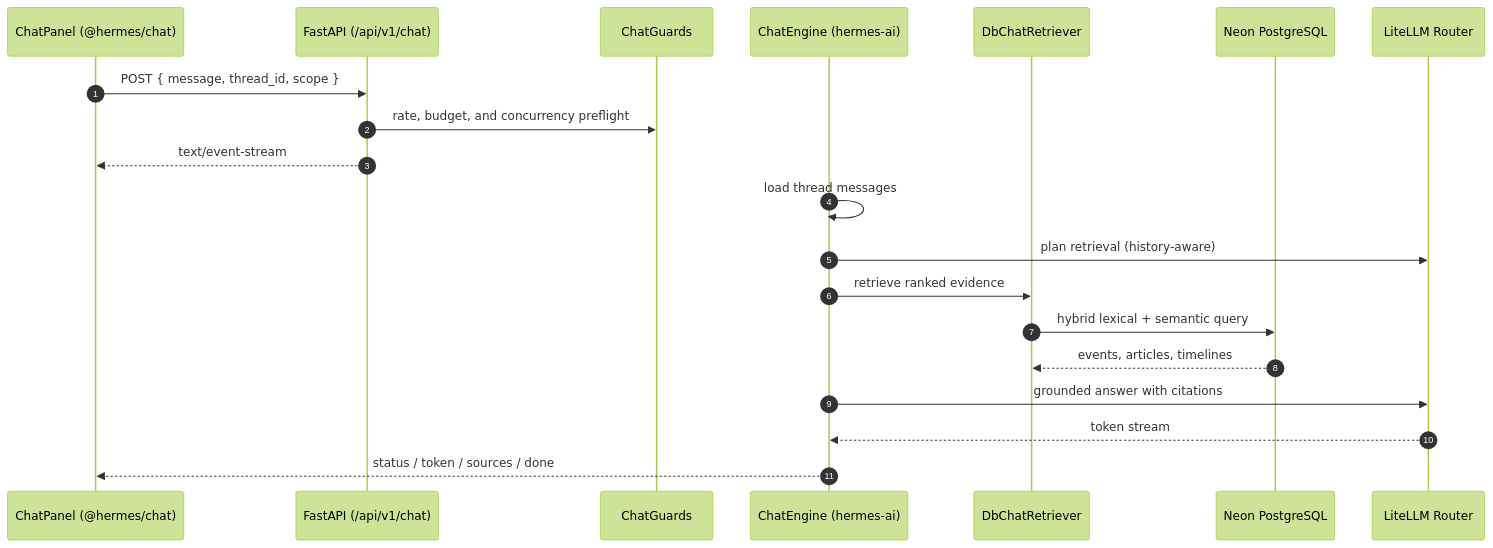
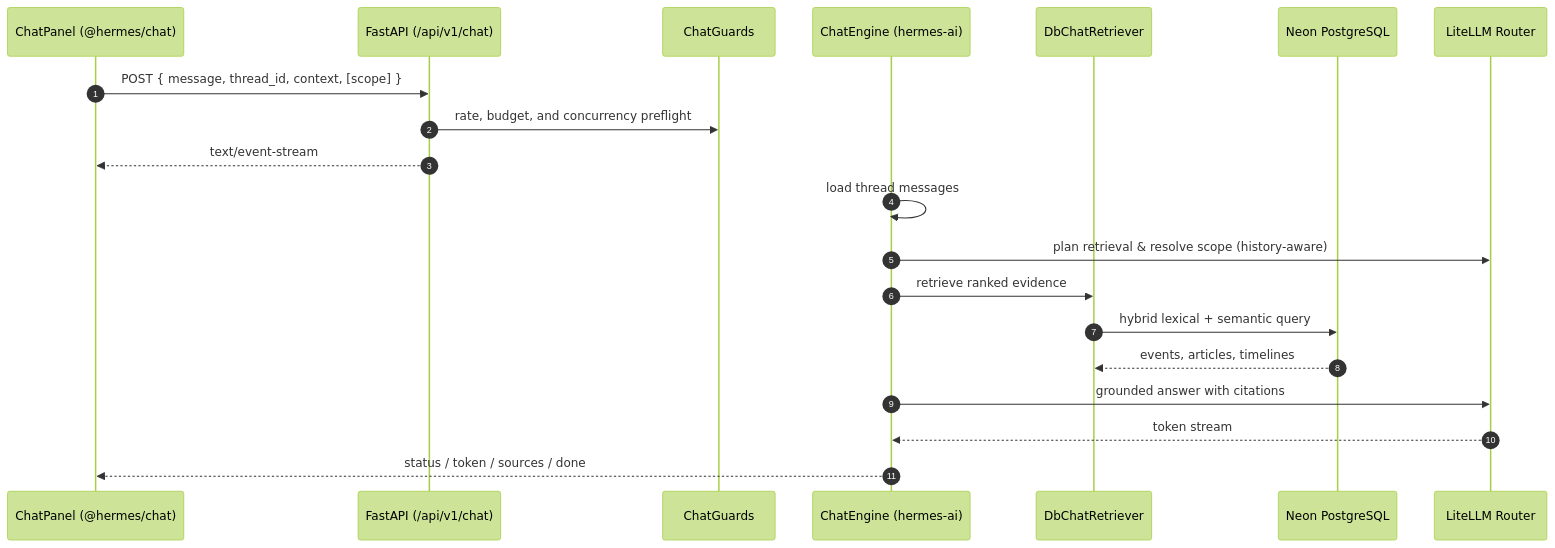
One commit to paavann/hermes changed the fifth of 5 diagrams in docs/architecture.md. Above: the diagram before and after it, drawn with Mermaid (forest theme). The commit also changed other lines of this file and 19 other files, not shown here.

````diff
--- a/docs/architecture.md
+++ b/docs/architecture.md
@@ -276,23 +275,23 @@
 ```mermaid
 sequenceDiagram
     autonumber
     participant UI as ChatPanel (@hermes/chat)
     participant API as FastAPI (/api/v1/chat)
     participant Guards as ChatGuards
     participant Engine as ChatEngine (hermes-ai)
     participant Retriever as DbChatRetriever
     participant DB as Neon PostgreSQL
     participant LLM as LiteLLM Router
 
-    UI->>API: POST { message, thread_id, scope }
+    UI->>API: POST { message, thread_id, context, [scope] }
     API->>Guards: rate, budget, and concurrency preflight
     API-->>UI: text/event-stream
     Engine->>Engine: load thread messages
-    Engine->>LLM: plan retrieval (history-aware)
+    Engine->>LLM: plan retrieval & resolve scope (history-aware)
     Engine->>Retriever: retrieve ranked evidence
     Retriever->>DB: hybrid lexical + semantic query
     DB-->>Retriever: events, articles, timelines
     Engine->>LLM: grounded answer with citations
     LLM-->>Engine: token stream
     Engine-->>UI: status / token / sources / done
 ```
````
